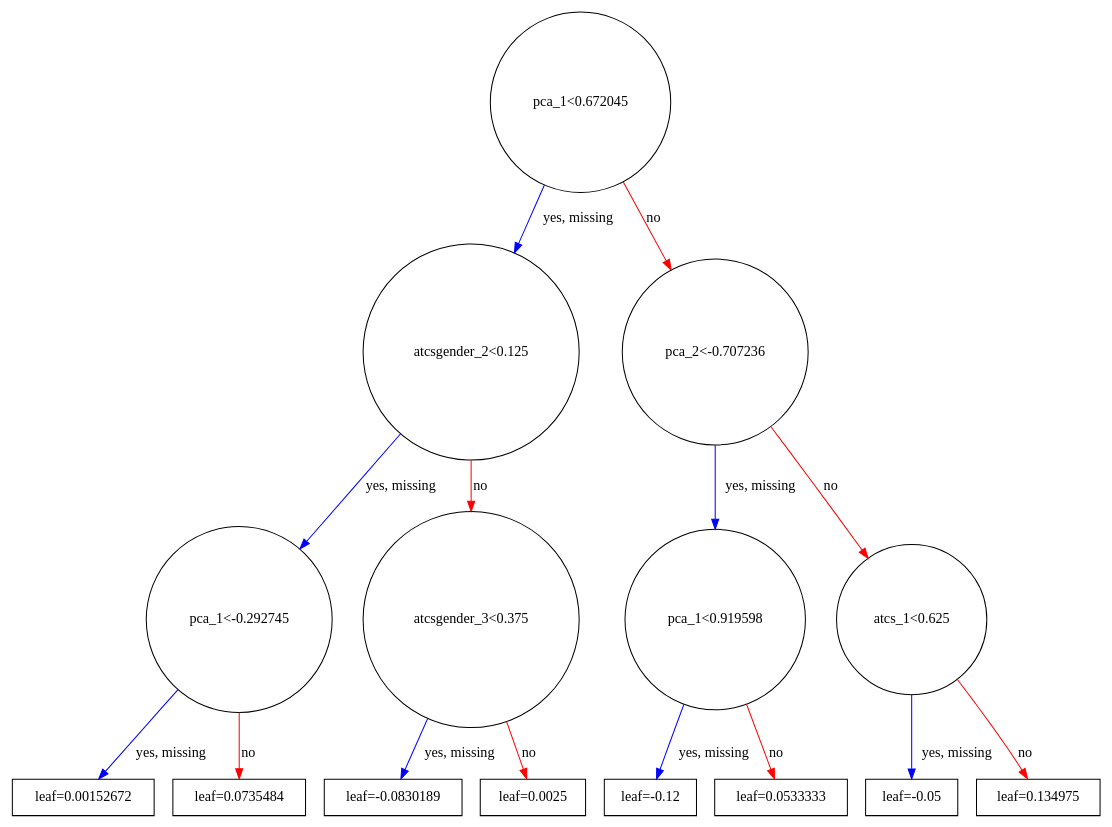
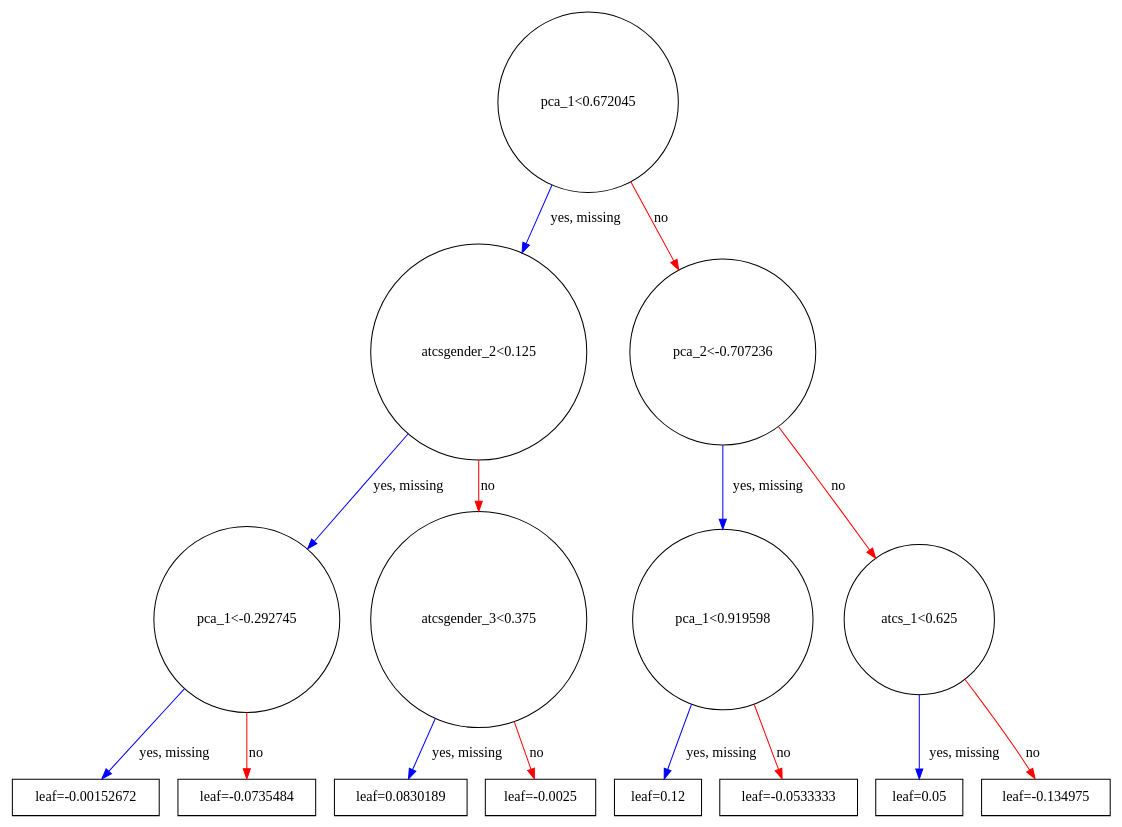
Before and after one commit to omoju/IntroCSExperiencePrediction: the diagram in report/figures/X_all_Reduced_graph.gv, drawn with Graphviz. The commit also changed 6 other files, not shown here.

```diff
--- a/report/figures/X_all_Reduced_graph.gv
+++ b/report/figures/X_all_Reduced_graph.gv
@@ -1,32 +1,32 @@
 digraph {
 	graph [rankdir=UT]
 		0 [label="pca_1<0.672045" shape=circle]
 			0 -> 1 [label="yes, missing" color="#0000FF"]
 			0 -> 2 [label=no color="#FF0000"]
 		1 [label="atcsgender_2<0.125" shape=circle]
 			1 -> 3 [label="yes, missing" color="#0000FF"]
 			1 -> 4 [label=no color="#FF0000"]
 		3 [label="pca_1<-0.292745" shape=circle]
 			3 -> 7 [label="yes, missing" color="#0000FF"]
 			3 -> 8 [label=no color="#FF0000"]
-		7 [label="leaf=0.00152672" shape=box]
-		8 [label="leaf=0.0735484" shape=box]
+		7 [label="leaf=-0.00152672" shape=box]
+		8 [label="leaf=-0.0735484" shape=box]
 		4 [label="atcsgender_3<0.375" shape=circle]
 			4 -> 9 [label="yes, missing" color="#0000FF"]
 			4 -> 10 [label=no color="#FF0000"]
-		9 [label="leaf=-0.0830189" shape=box]
-		10 [label="leaf=0.0025" shape=box]
+		9 [label="leaf=0.0830189" shape=box]
+		10 [label="leaf=-0.0025" shape=box]
 		2 [label="pca_2<-0.707236" shape=circle]
 			2 -> 5 [label="yes, missing" color="#0000FF"]
 			2 -> 6 [label=no color="#FF0000"]
 		5 [label="pca_1<0.919598" shape=circle]
 			5 -> 11 [label="yes, missing" color="#0000FF"]
 			5 -> 12 [label=no color="#FF0000"]
-		11 [label="leaf=-0.12" shape=box]
-		12 [label="leaf=0.0533333" shape=box]
+		11 [label="leaf=0.12" shape=box]
+		12 [label="leaf=-0.0533333" shape=box]
 		6 [label="atcs_1<0.625" shape=circle]
 			6 -> 13 [label="yes, missing" color="#0000FF"]
 			6 -> 14 [label=no color="#FF0000"]
-		13 [label="leaf=-0.05" shape=box]
-		14 [label="leaf=0.134975" shape=box]
+		13 [label="leaf=0.05" shape=box]
+		14 [label="leaf=-0.134975" shape=box]
 }
```
